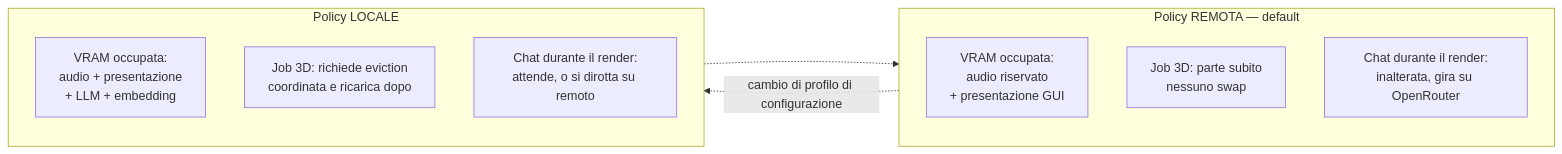
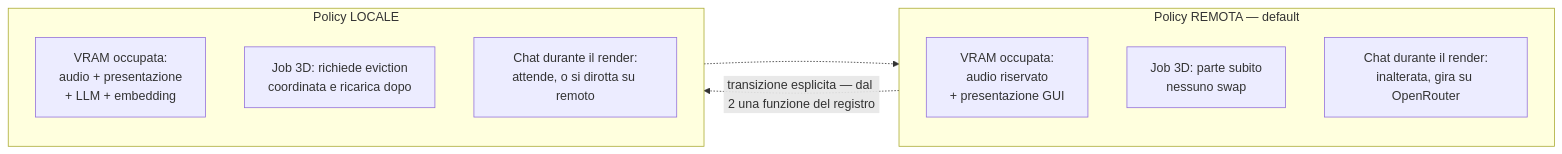
Before and after one commit to devfrx/daemon: the second of 2 diagrams in docs/design/02-arbitrato-gpu.md, drawn with Mermaid. The commit also changed other lines of this file and 7 other files, not shown here.

````diff
--- a/docs/design/02-arbitrato-gpu.md
+++ b/docs/design/02-arbitrato-gpu.md
@@ -221,17 +221,17 @@
 ```mermaid
 flowchart LR
     subgraph R["Policy REMOTA — default"]
         direction TB
         r1["VRAM occupata:<br/>audio riservato<br/>+ presentazione GUI"]
         r2["Job 3D: parte subito<br/>nessuno swap"]
         r3["Chat durante il render:<br/>inalterata, gira su OpenRouter"]
     end
     subgraph L["Policy LOCALE"]
         direction TB
         l1["VRAM occupata:<br/>audio + presentazione<br/>+ LLM + embedding"]
         l2["Job 3D: richiede eviction<br/>coordinata e ricarica dopo"]
         l3["Chat durante il render:<br/>attende, o si dirotta su remoto"]
     end
-    R -.->|"cambio di profilo di configurazione"| L
+    R -.->|"transizione esplicita — dal 2 una funzione del registro"| L
     L -.-> R
 ```
````
